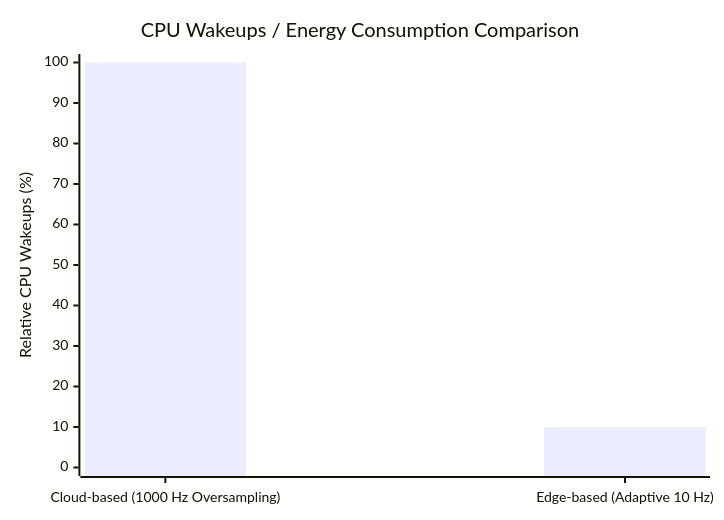
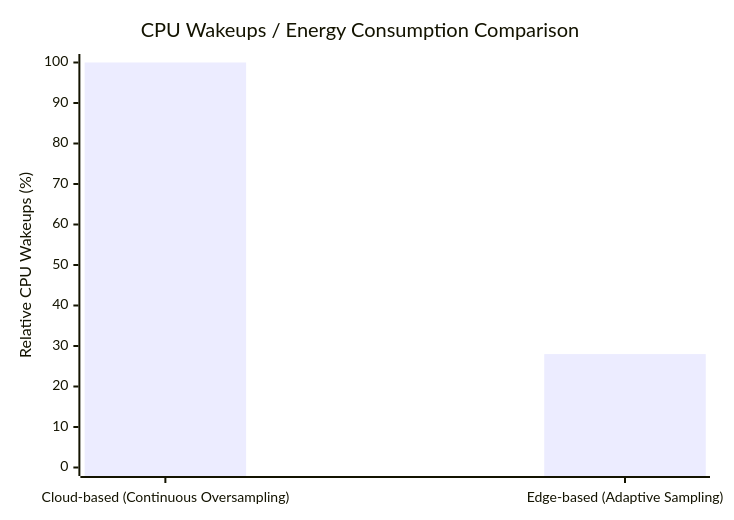
The second of 3 diagrams in README.md (darked0/IoT_assignment), drawn with Mermaid before and after one commit. The commit also changed other lines of this file and 8 other files, not shown here.

````diff
--- a/README.md
+++ b/README.md
@@ -93,7 +109,7 @@
 ```mermaid
 xychart-beta
     title "CPU Wakeups / Energy Consumption Comparison"
-    x-axis ["Cloud-based (1000 Hz Oversampling)", "Edge-based (Adaptive 10 Hz)"]
+    x-axis ["Cloud-based (Continuous Oversampling)", "Edge-based (Adaptive Sampling)"]
     y-axis "Relative CPU Wakeups (%)" 0 --> 100
-    bar [100, 10]
+    bar [100, 28]
 ```
````
